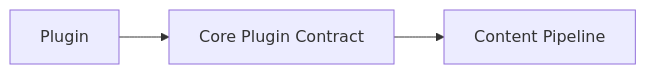
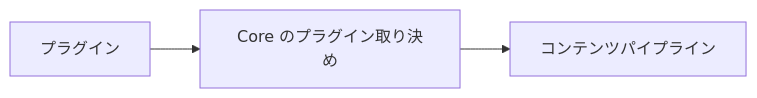
Before and after one commit to Rerurate514/riebeckite: the second of 7 diagrams in docs/docs/framework/architecture.ja.md, drawn with Mermaid. The commit also changed other lines of this file and 310 other files, not shown here.

````diff
--- a/docs/docs/framework/architecture.ja.md
+++ b/docs/docs/framework/architecture.ja.md
@@ -109,5 +104,5 @@
 ```mermaid id="79dvqt"
 flowchart LR
-    Plugin["Plugin"] --> Contract["Core Plugin Contract"]
-    Contract --> Pipeline["Content Pipeline"]
+    Plugin["プラグイン"] --> Contract["Core のプラグイン取り決め"]
+    Contract --> Pipeline["コンテンツパイプライン"]
 ```
````
